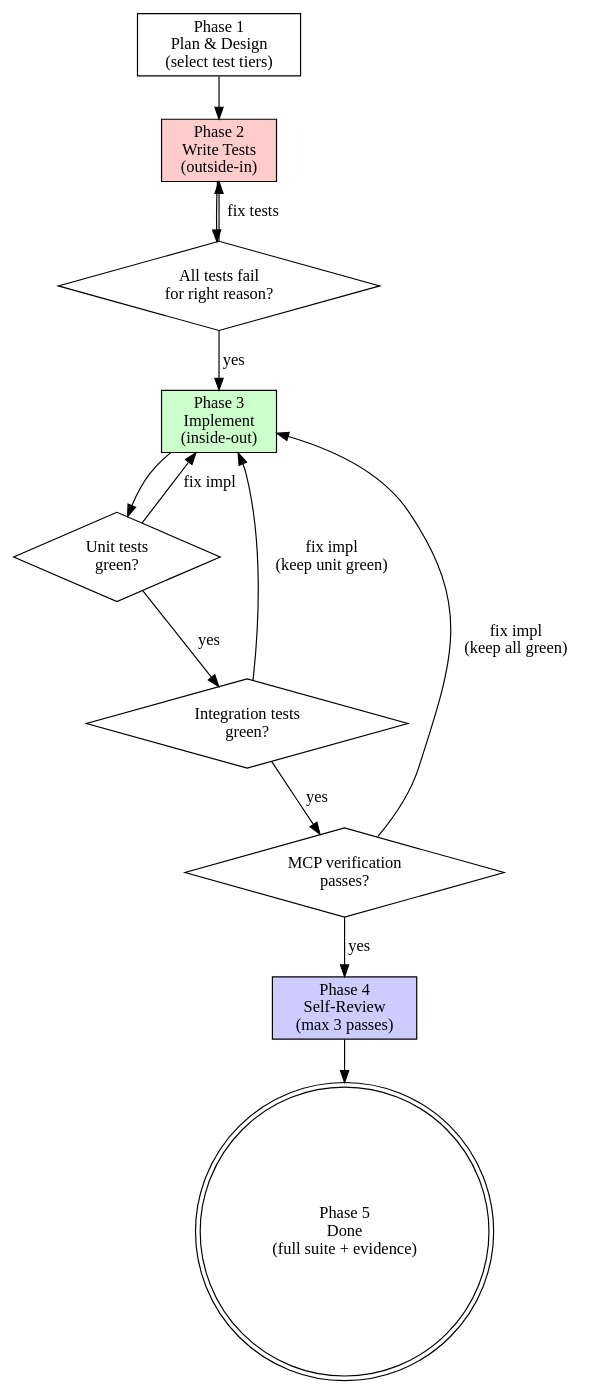
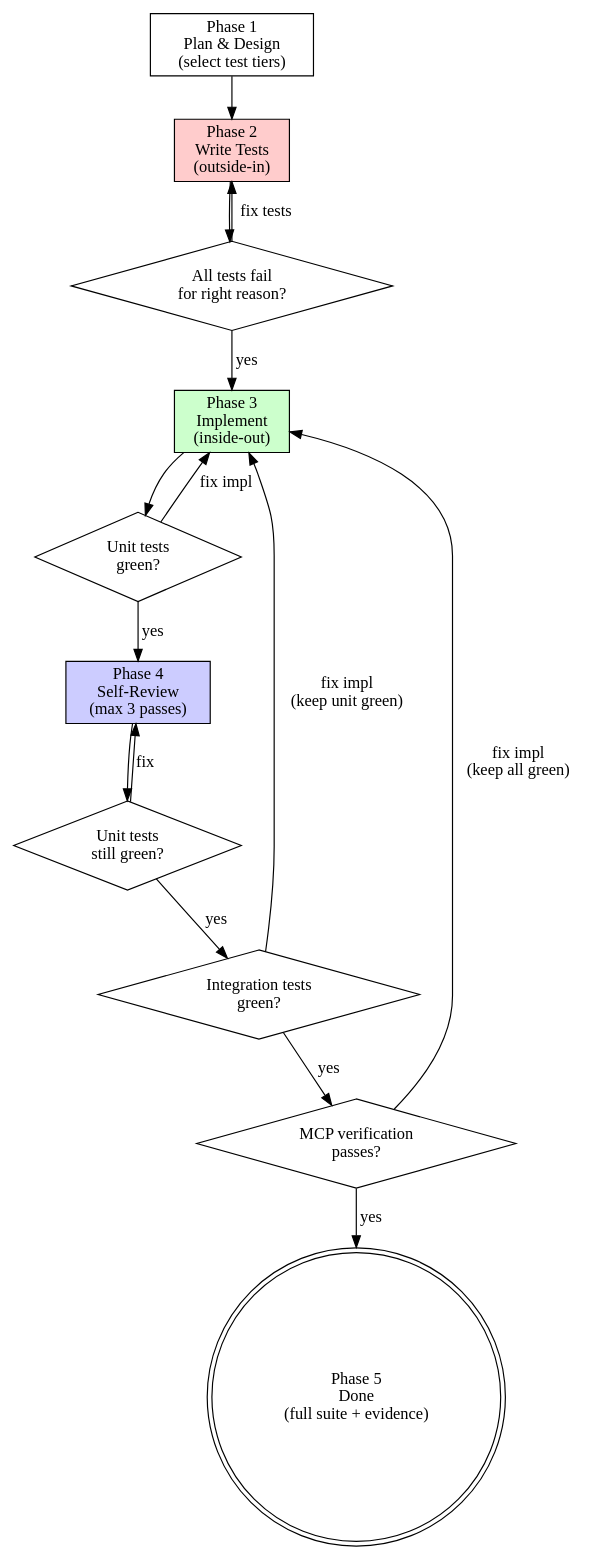
One commit to tadelv/reaprime changed the diagram in .claude/skills/tdd-workflow/SKILL.md. Above: the diagram before and after it, drawn with Graphviz. The commit also changed other lines of this file, not shown here.

First line of the commit message:
Move self-review phase to after unit tests, before integration/MCP

````diff
--- a/.claude/skills/tdd-workflow/SKILL.md
+++ b/.claude/skills/tdd-workflow/SKILL.md
@@ -28,28 +28,31 @@
 ```dot
 digraph tdd_workflow {
     rankdir=TB;
 
     plan [label="Phase 1\nPlan & Design\n(select test tiers)", shape=box];
     write_tests [label="Phase 2\nWrite Tests\n(outside-in)", shape=box, style=filled, fillcolor="#ffcccc"];
     verify_red [label="All tests fail\nfor right reason?", shape=diamond];
     implement [label="Phase 3\nImplement\n(inside-out)", shape=box, style=filled, fillcolor="#ccffcc"];
     unit_green [label="Unit tests\ngreen?", shape=diamond];
+    self_review [label="Phase 4\nSelf-Review\n(max 3 passes)", shape=box, style=filled, fillcolor="#ccccff"];
+    review_green [label="Unit tests\nstill green?", shape=diamond];
     integration_green [label="Integration tests\ngreen?", shape=diamond];
     mcp_green [label="MCP verification\npasses?", shape=diamond];
-    self_review [label="Phase 4\nSelf-Review\n(max 3 passes)", shape=box, style=filled, fillcolor="#ccccff"];
     done [label="Phase 5\nDone\n(full suite + evidence)", shape=doublecircle];
 
     plan -> write_tests;
     write_tests -> verify_red;
     verify_red -> implement [label="yes"];
     verify_red -> write_tests [label="fix tests"];
     implement -> unit_green;
-    unit_green -> integration_green [label="yes"];
+    unit_green -> self_review [label="yes"];
     unit_green -> implement [label="fix impl"];
+    self_review -> review_green;
+    review_green -> integration_green [label="yes"];
+    review_green -> self_review [label="fix"];
     integration_green -> mcp_green [label="yes"];
     integration_green -> implement [label="fix impl\n(keep unit green)"];
-    mcp_green -> self_review [label="yes"];
+    mcp_green -> done [label="yes"];
     mcp_green -> implement [label="fix impl\n(keep all green)"];
-    self_review -> done;
 }
 ```
````
